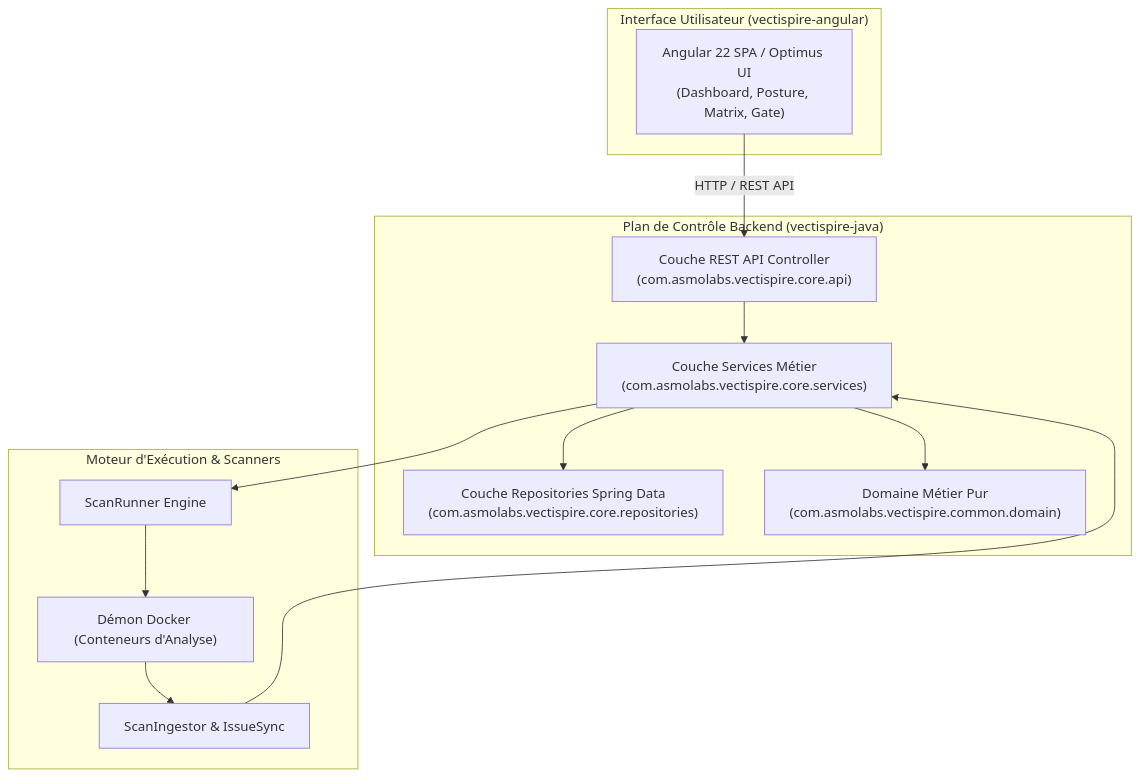
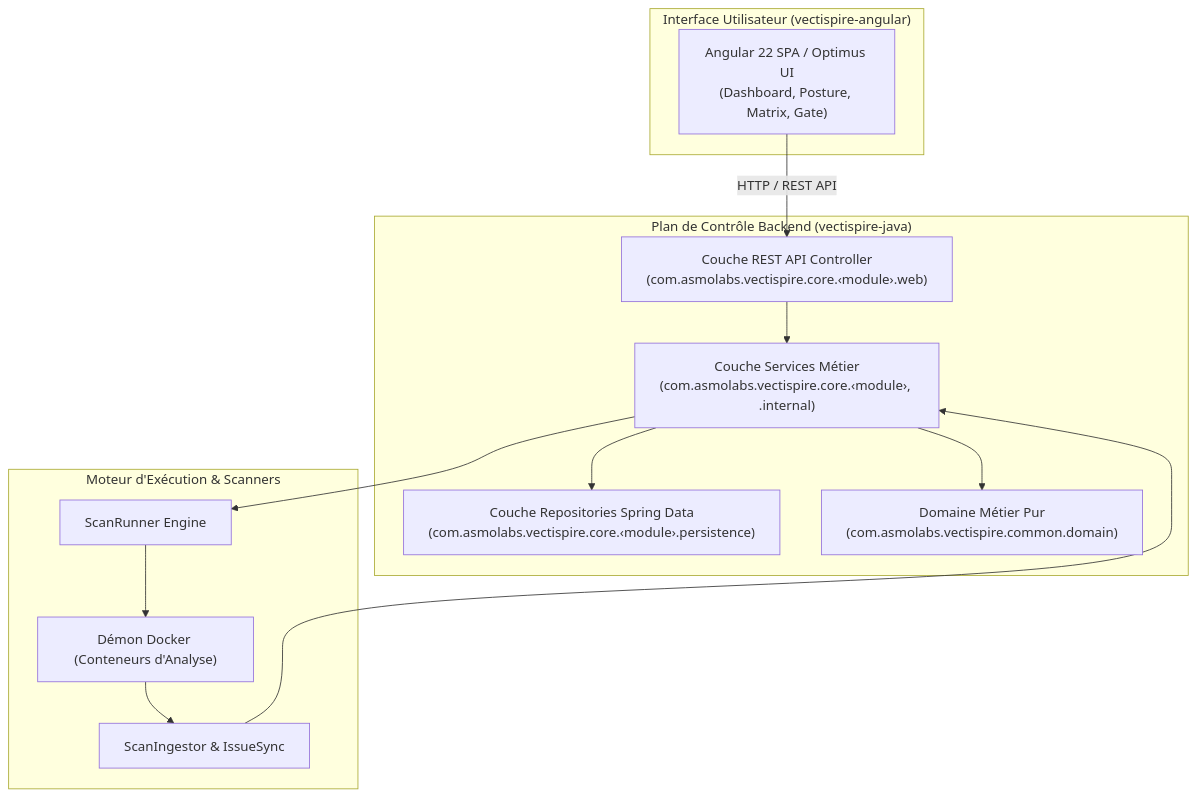
The diagram in docs/architecture/bflorat/fr/01_vue_applicative.md (asmolabs/vectispire), drawn with Mermaid before and after one commit. The commit also changed 22 other files, not shown here.

First line of the commit message:
docs(architecture): decision 0029 and the modularity after step 5, in both languages

````diff
--- a/docs/architecture/bflorat/fr/01_vue_applicative.md
+++ b/docs/architecture/bflorat/fr/01_vue_applicative.md
@@ -40,28 +40,28 @@
 ```mermaid
 flowchart TB
     subgraph Frontend["Interface Utilisateur (vectispire-angular)"]
         UI["Angular 22 SPA / Optimus UI<br/>(Dashboard, Posture, Matrix, Gate)"]
     end
 
     subgraph Backend["Plan de Contrôle Backend (vectispire-java)"]
-        API["Couche REST API Controller<br/>(com.asmolabs.vectispire.core.api)"]
-        Services["Couche Services Métier<br/>(com.asmolabs.vectispire.core.services)"]
-        Repo["Couche Repositories Spring Data<br/>(com.asmolabs.vectispire.core.repositories)"]
+        API["Couche REST API Controller<br/>(com.asmolabs.vectispire.core.‹module›.web)"]
+        Services["Couche Services Métier<br/>(com.asmolabs.vectispire.core.‹module›, .internal)"]
+        Repo["Couche Repositories Spring Data<br/>(com.asmolabs.vectispire.core.‹module›.persistence)"]
         Domain["Domaine Métier Pur<br/>(com.asmolabs.vectispire.common.domain)"]
     end
 
     subgraph Execution["Moteur d'Exécution & Scanners"]
         ScanRunner["ScanRunner Engine"]
         Ingestor["ScanIngestor & IssueSync"]
         DockerDaemon["Démon Docker (Conteneurs d'Analyse)"]
     end
 
     UI -->|"HTTP / REST API"| API
     API --> Services
     Services --> Repo
     Services --> Domain
     Services --> ScanRunner
     ScanRunner --> DockerDaemon
     DockerDaemon --> Ingestor
     Ingestor --> Services
 ```
````
